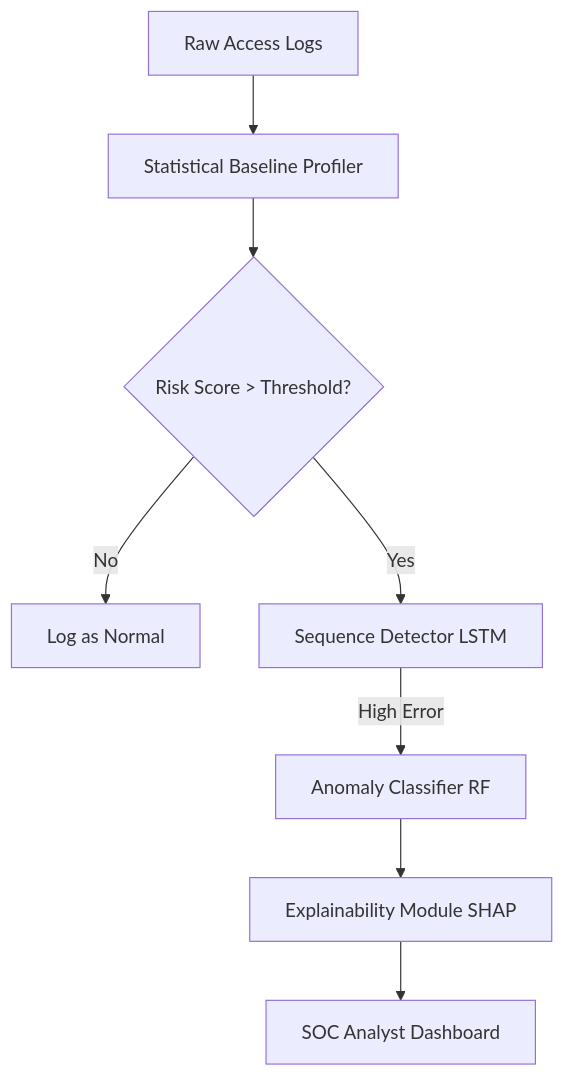
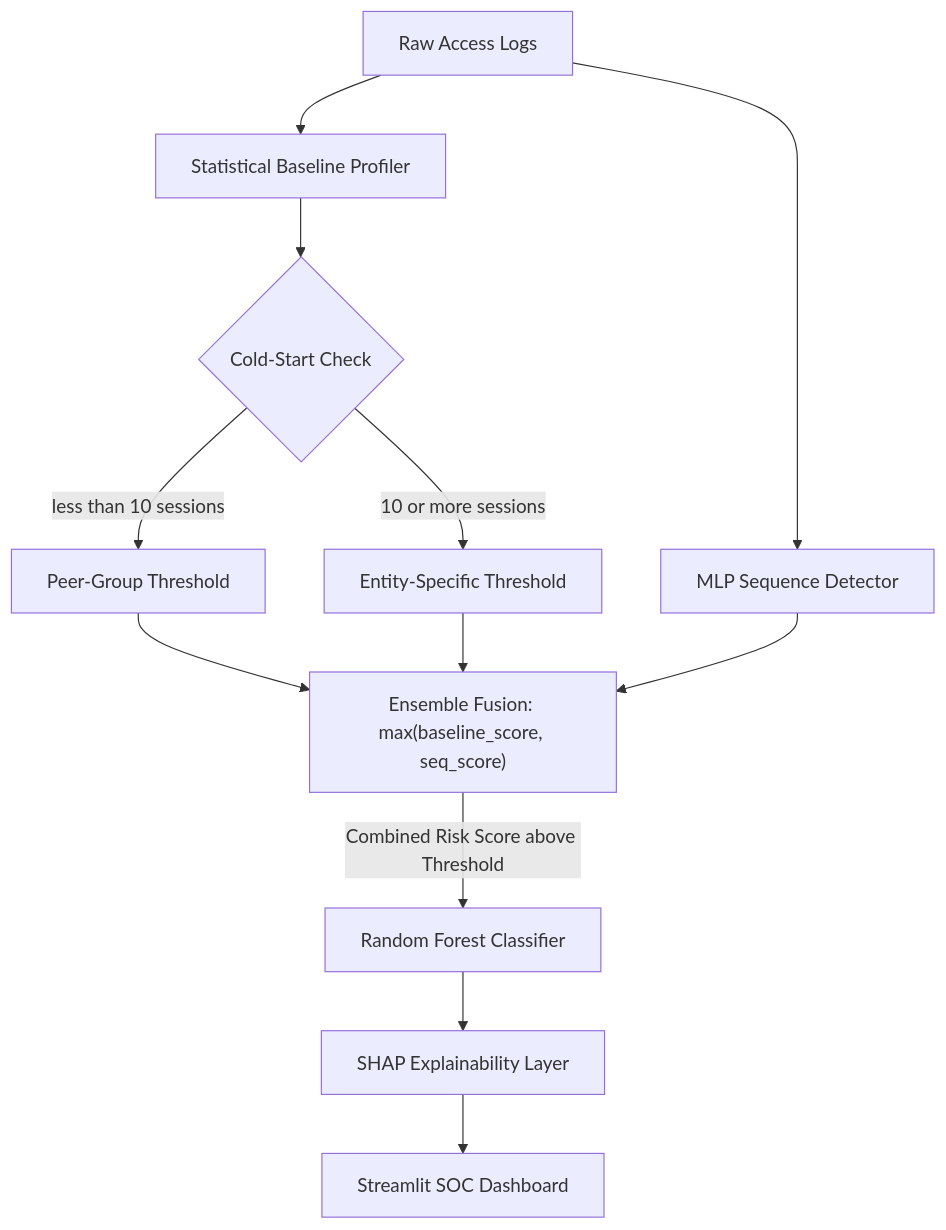
The diagram in report.md (HeetVachhani123/Sentinel_AI), drawn with Mermaid before and after one commit. The commit also changed other lines of this file and 8 other files, not shown here.

````diff
--- a/report.md
+++ b/report.md
@@ -28,10 +17,14 @@
 ```mermaid
 graph TD
     A[Raw Access Logs] --> B[Statistical Baseline Profiler]
-    B --> C{Risk Score > Threshold?}
-    C -->|No| D[Log as Normal]
-    C -->|Yes| E[Sequence Detector LSTM]
-    E -->|High Error| F[Anomaly Classifier RF]
-    F --> G[Explainability Module SHAP]
-    G --> H[SOC Analyst Dashboard]
+    A --> F[MLP Sequence Detector]
+    B --> C{Cold-Start Check}
+    C -->|less than 10 sessions| D[Peer-Group Threshold]
+    C -->|10 or more sessions| E[Entity-Specific Threshold]
+    D --> Z
+    E --> Z
+    F --> Z["Ensemble Fusion: max(baseline_score, seq_score)"]
+    Z -->|Combined Risk Score above Threshold| G[Random Forest Classifier]
+    G --> H[SHAP Explainability Layer]
+    H --> I[Streamlit SOC Dashboard]
 ```
````
